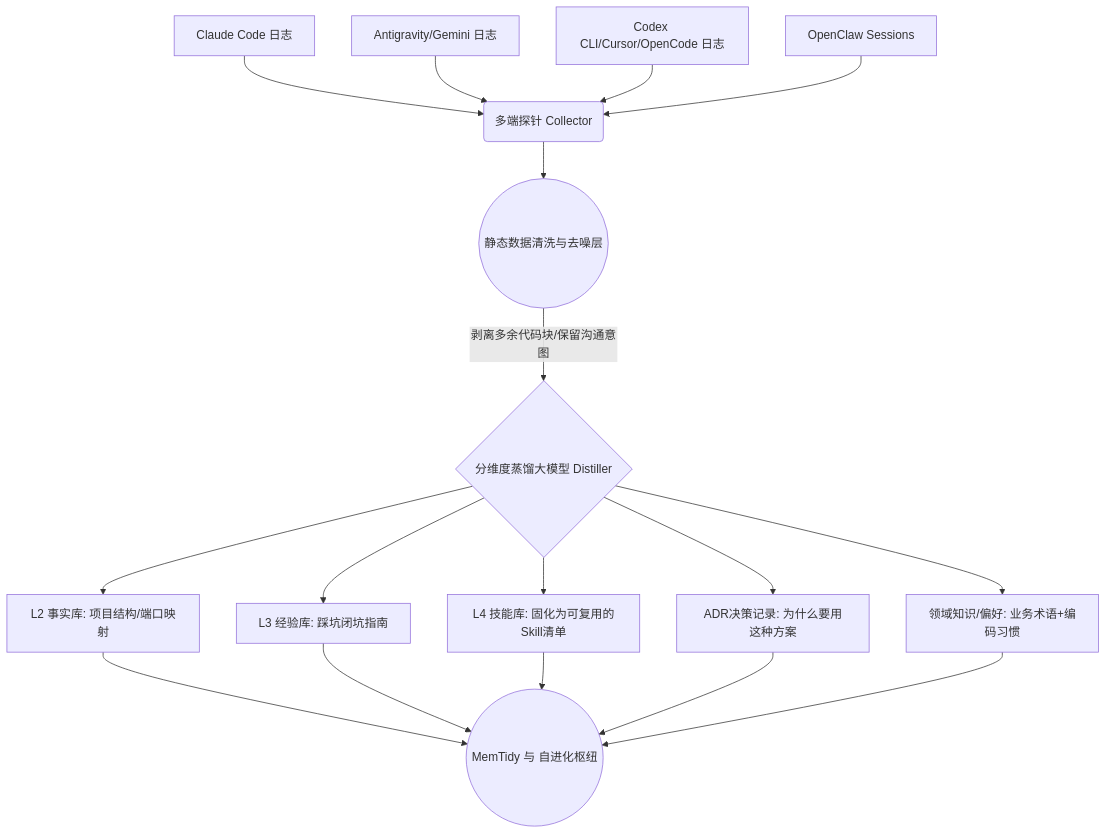
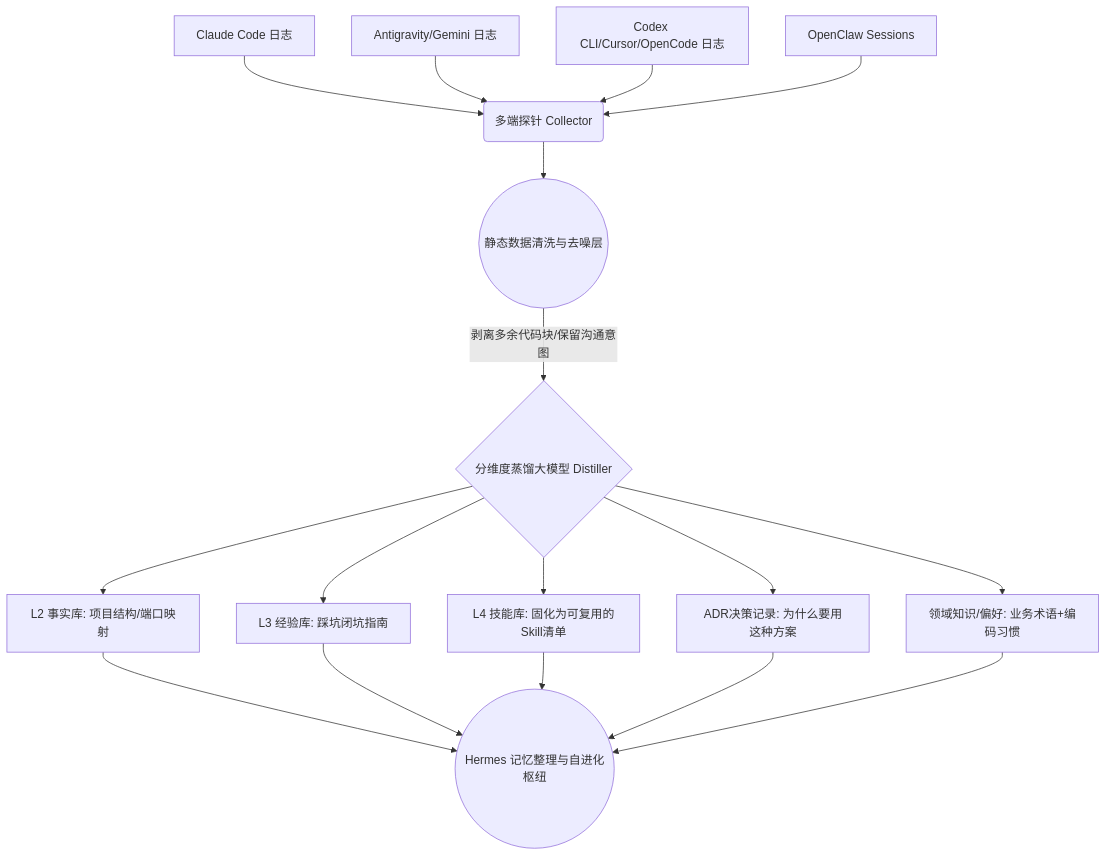
The diagram in docs/专项场景工作流/AI多端会话跨端捕获引擎/architecture.md (XX-Trader/openclaw-hardflow-backup-20260302), drawn with Mermaid before and after one commit. The commit also changed 23 other files, not shown here.

````diff
--- a/docs/专项场景工作流/AI多端会话跨端捕获引擎/architecture.md
+++ b/docs/专项场景工作流/AI多端会话跨端捕获引擎/architecture.md
@@ -5,18 +5,18 @@
 ```mermaid
 graph TD
     A1[Claude Code 日志] --> B(多端探针 Collector)
     A2[Antigravity/Gemini 日志] --> B
     A3[Codex CLI/Cursor/OpenCode 日志] --> B
     A4[OpenClaw Sessions] --> B
     
     B --> C((静态数据清洗与去噪层))
     C --> |剥离多余代码块/保留沟通意图| D{分维度蒸馏大模型 Distiller}
     
     D --> E1[L2 事实库: 项目结构/端口映射]
     D --> E2[L3 经验库: 踩坑闭坑指南]
     D --> E3[L4 技能库: 固化为可复用的Skill清单]
     D --> E4[ADR决策记录: 为什么要用这种方案]
     D --> E5[领域知识/偏好: 业务术语+编码习惯]
     
-    E1 & E2 & E3 & E4 & E5 --> F((MemTidy 与 自进化枢纽))
+    E1 & E2 & E3 & E4 & E5 --> F((Hermes 记忆整理与自进化枢纽))
 ```
````
